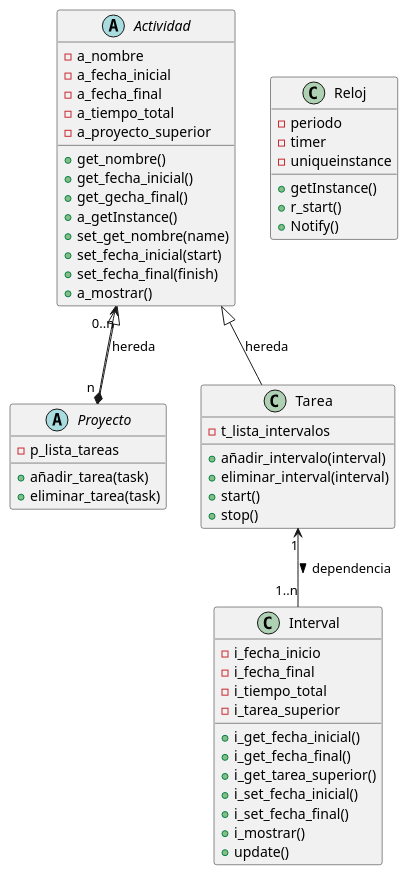
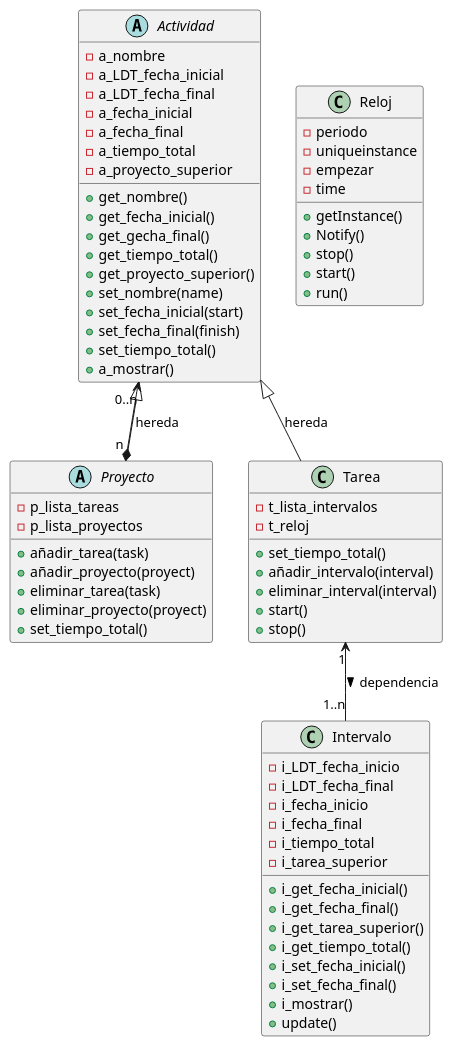
Before and after one commit to joan-mata/TimeTracker: the diagram in src/TimeTrackerUML.puml, drawn with PlantUML. The commit also changed 14 other files, not shown here.

```diff
--- a/src/TimeTrackerUML.puml
+++ b/src/TimeTrackerUML.puml
@@ -1,66 +1,82 @@
 @startuml
 
 Actividad "0..n" <--* "n " Proyecto
 Actividad <|-- Proyecto : hereda
 Actividad <|-- Tarea : hereda
-Tarea "1" <-- "1..n" Interval : dependencia >
+Tarea "1" <-- "1..n" Intervalo : dependencia >
 
 Abstract Actividad {
 -a_nombre
+-a_LDT_fecha_inicial
+-a_LDT_fecha_final
 -a_fecha_inicial
 -a_fecha_final
 -a_tiempo_total
 -a_proyecto_superior
 
 +get_nombre()
 +get_fecha_inicial()
 +get_gecha_final()
-+a_getInstance()
-+set_get_nombre(name)
++get_tiempo_total()
++get_proyecto_superior()
++set_nombre(name)
 +set_fecha_inicial(start)
 +set_fecha_final(finish)
++set_tiempo_total()
 +a_mostrar()
 }
 
 Abstract Proyecto {
 -p_lista_tareas
+-p_lista_proyectos
 
 +añadir_tarea(task)
++añadir_proyecto(proyect)
 +eliminar_tarea(task)
++eliminar_proyecto(proyect)
++set_tiempo_total()
 }
 
 Class Tarea {
 -t_lista_intervalos
+-t_reloj
 
++set_tiempo_total()
 +añadir_intervalo(interval)
 +eliminar_interval(interval)
 +start()
 +stop()
 }
 
-Class Interval {
+Class Intervalo {
+-i_LDT_fecha_inicio
+-i_LDT_fecha_final
 -i_fecha_inicio
 -i_fecha_final
 -i_tiempo_total
 -i_tarea_superior
 
 +i_get_fecha_inicial()
 +i_get_fecha_final()
 +i_get_tarea_superior()
++i_get_tiempo_total()
 +i_set_fecha_inicial()
 +i_set_fecha_final()
 +i_mostrar()
 +update()
 }
 
 Class Reloj {
 -periodo
--timer
 -uniqueinstance
+-empezar
+-time
 
 +getInstance()
-+r_start()
 +Notify()
++stop()
++start()
++run()
 }
 
 @enduml
```
